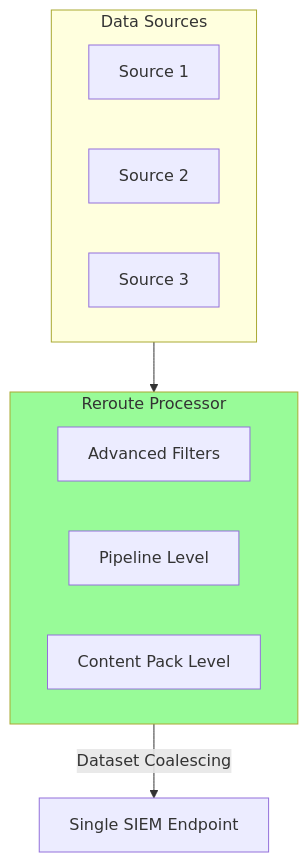
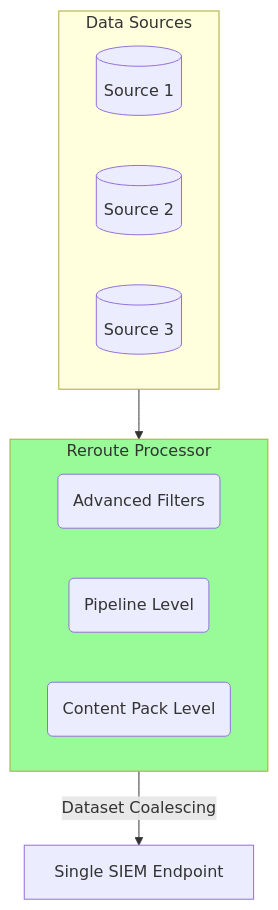
Before and after one commit to VirtualMetric/virtualmetric-docs: the fifth of 7 diagrams in docs/README.mdx, drawn with Mermaid. The commit also changed other lines of this file and 10 other files, not shown here.

````diff
--- a/docs/README.mdx
+++ b/docs/README.mdx
@@ -149,19 +149,19 @@
 ```mermaid
 graph TD
     subgraph Sources[Data Sources]
-        S1[Source 1]
-        S2[Source 2]
-        S3[Source 3]
+        S1[(Source 1)]
+        S2[(Source 2)]
+        S3[(Source 3)]
     end
     
     subgraph Routing[Reroute Processor]
-        F[Advanced Filters]
-        P[Pipeline Level]
-        C[Content Pack Level]
+        F(Advanced Filters)
+        P(Pipeline Level)
+        C(Content Pack Level)
     end
     
     Sources --> Routing
     Routing --> |Dataset Coalescing| SIEM[Single SIEM Endpoint]
     
     style Routing fill:#98FB98
 ```
````
